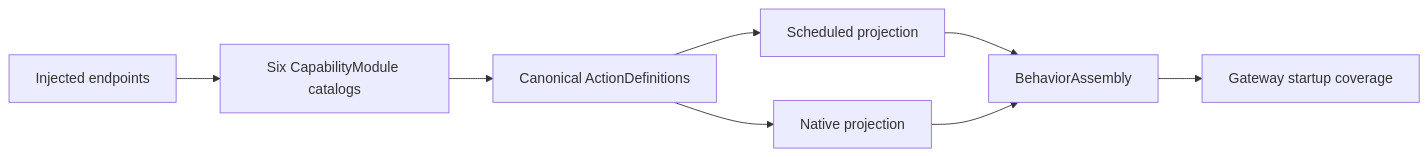
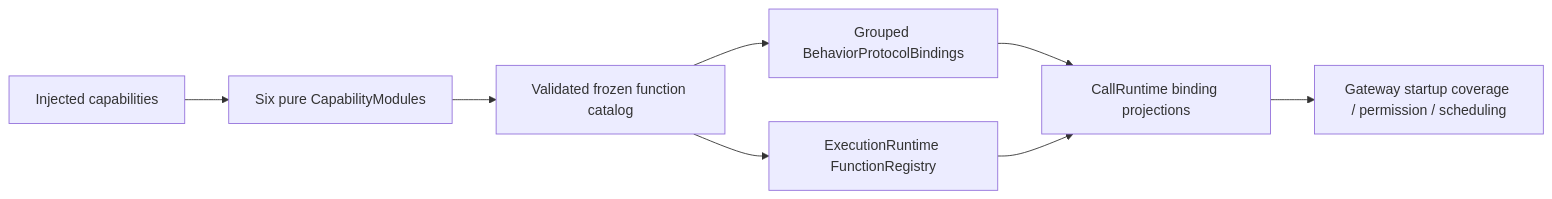
One commit to devilyouwei/MobileHarness changed the diagram in MobileHarness/App/Composition/Behaviors/README.md. Above: the diagram before and after it, drawn with Mermaid. The commit also changed other lines of this file and 238 other files, not shown here.

First line of the commit message:
Separate callable Actions from Gateway execution and call protocols

````diff
--- a/MobileHarness/App/Composition/Behaviors/README.md
+++ b/MobileHarness/App/Composition/Behaviors/README.md
@@ -5,10 +5,10 @@
 ```mermaid
 flowchart LR
-    Host[Injected endpoints] --> Domains[Six CapabilityModule catalogs]
-    Domains --> Definitions[Canonical ActionDefinitions]
-    Definitions --> Actions[Scheduled projection]
-    Definitions --> Tools[Native projection]
-    Actions --> Assembly[BehaviorAssembly]
-    Tools --> Assembly
-    Assembly --> Coverage[Gateway startup coverage]
+    Host[Injected capabilities] --> Domains[Six pure CapabilityModules]
+    Domains --> Catalog[Validated frozen function catalog]
+    Catalog --> Store[ExecutionRuntime FunctionRegistry]
+    Catalog --> Profiles[Grouped BehaviorProtocolBindings]
+    Profiles --> Bindings[CallRuntime binding projections]
+    Store --> Bindings
+    Bindings --> Gateway[Gateway startup coverage / permission / scheduling]
 ```
````
